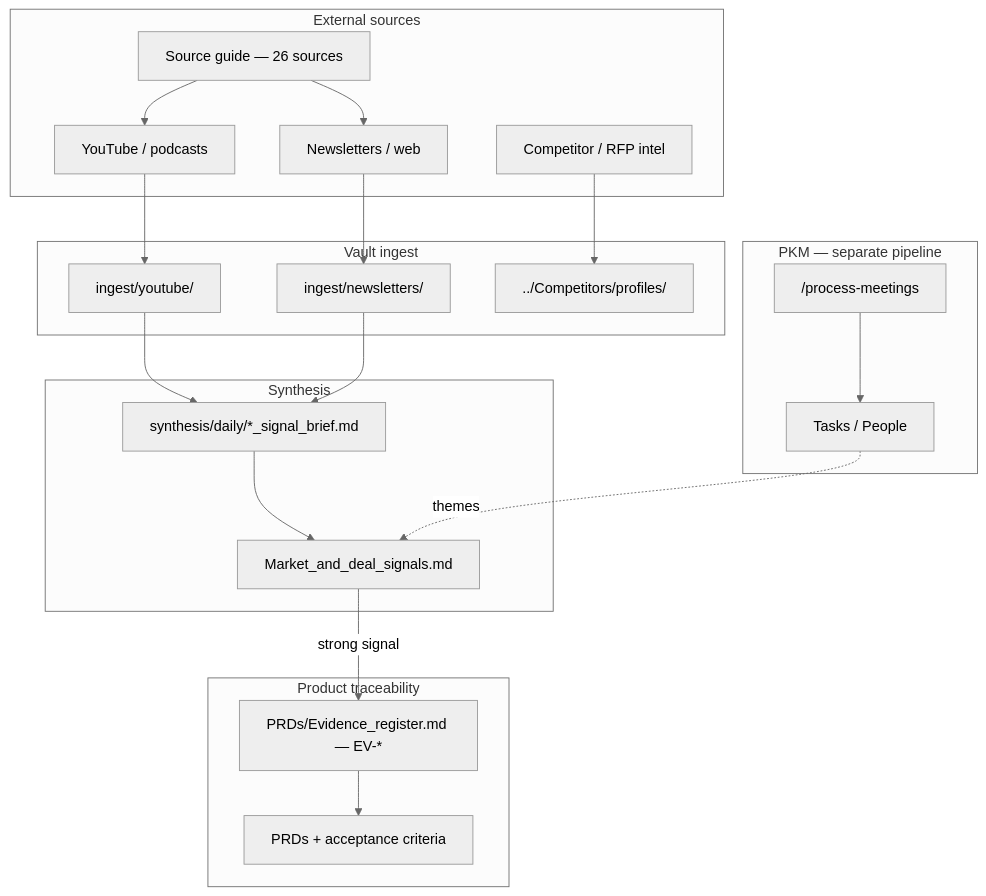
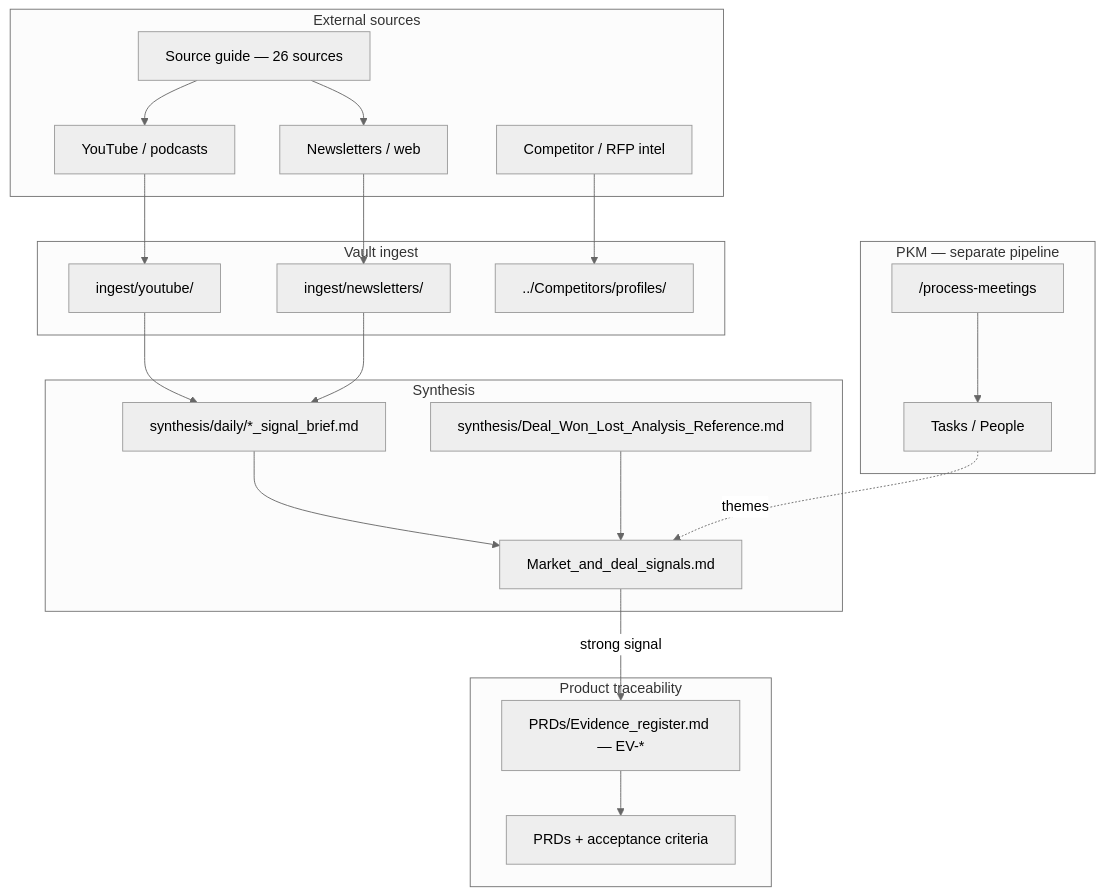
The diagram in 06-Resources/Market_intelligence/ARCHITECTURE.md (shaunstruwig007/Dex), drawn with Mermaid before and after one commit. The commit also changed other lines of this file and 123 other files, not shown here.

````diff
--- a/06-Resources/Market_intelligence/ARCHITECTURE.md
+++ b/06-Resources/Market_intelligence/ARCHITECTURE.md
@@ -9,45 +9,47 @@
 ```mermaid
 %%{init: {'theme': 'neutral'}}%%
 flowchart TB
   subgraph sources["External sources"]
     S1[Source guide — 26 sources]
     S2[YouTube / podcasts]
     S3[Newsletters / web]
     S4[Competitor / RFP intel]
   end
 
   subgraph ingest["Vault ingest"]
     I1["ingest/youtube/"]
     I2["ingest/newsletters/"]
     I3["../Competitors/profiles/"]
   end
 
   subgraph synth["Synthesis"]
     B["synthesis/daily/*_signal_brief.md"]
+    D["synthesis/Deal_Won_Lost_Analysis_Reference.md"]
     L["Market_and_deal_signals.md"]
   end
 
   subgraph product["Product traceability"]
     E["PRDs/Evidence_register.md — EV-*"]
     P["PRDs + acceptance criteria"]
   end
 
   subgraph pkm["PKM — separate pipeline"]
     PM["/process-meetings"]
     T["Tasks / People"]
   end
 
   S1 --> S2
   S1 --> S3
   S2 --> I1
   S3 --> I2
   S4 --> I3
   I1 --> B
   I2 --> B
   B --> L
+  D --> L
   L -->|"strong signal"| E
   E --> P
 
   PM --> T
   T -.->|"themes"| L
 ```
````
